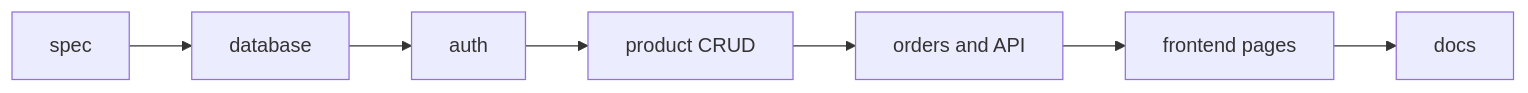
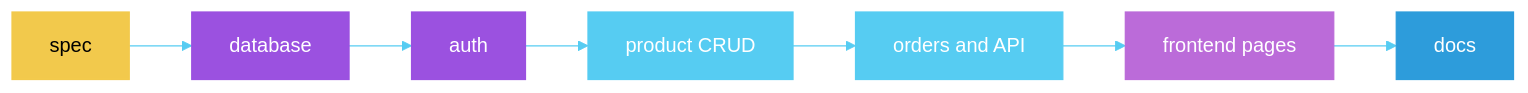
One commit to 444Nazky/My-Vault changed the tenth of 13 diagrams in Graphs/Dev-Tasks-Diagrams.md. Above: the diagram before and after it, drawn with Mermaid. The commit also changed other lines of this file and 15 other files, not shown here.

````diff
--- a/Graphs/Dev-Tasks-Diagrams.md
+++ b/Graphs/Dev-Tasks-Diagrams.md
@@ -116,9 +168,17 @@
 ```mermaid
+%%{init: {'theme': 'default', 'themeVariables': { 'primaryColor': '#56CCF2', 'lineColor': '#56CCF2'}}}%%
 flowchart LR
  A["spec"] --> B["database"]
  B --> C["auth"]
  C --> D["product CRUD"]
  D --> E["orders and API"]
  E --> F["frontend pages"]
  F --> G["docs"]
+ style A fill:#F2C94C,stroke:#F2C94C,color:#000
+ style B fill:#9B51E0,stroke:#9B51E0,color:#fff
+ style C fill:#9B51E0,stroke:#9B51E0,color:#fff
+ style D fill:#56CCF2,stroke:#56CCF2,color:#fff
+ style E fill:#56CCF2,stroke:#56CCF2,color:#fff
+ style F fill:#BB6BD9,stroke:#BB6BD9,color:#fff
+ style G fill:#2D9CDB,stroke:#2D9CDB,color:#fff
 ```
````
